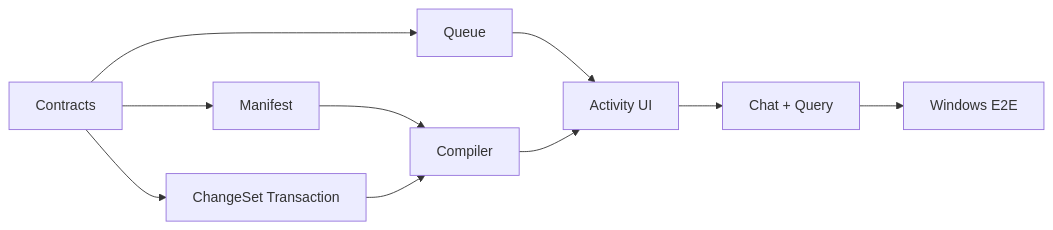
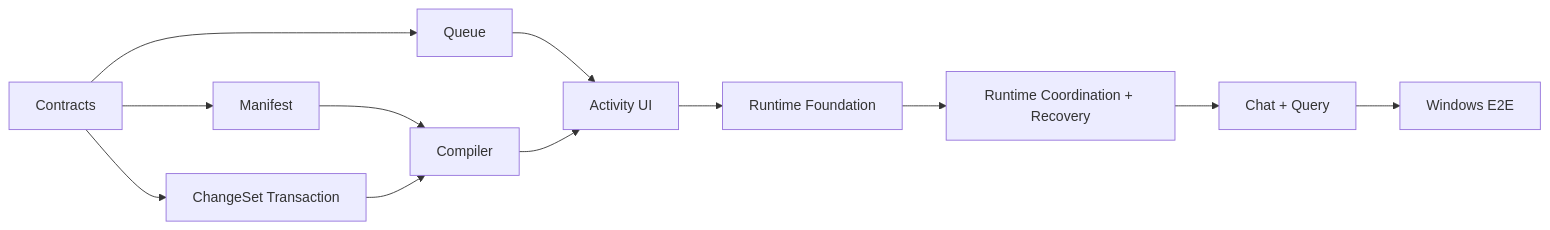
Before and after one commit to yydspanda/obsidian-copilot: the diagram in designdocs/PERSONAL_KNOWLEDGE_EXECUTION_PLAN.md, drawn with Mermaid. The commit also changed other lines of this file and 19 other files, not shown here.

Commit message:
feat: add Windows knowledge runtime foundation

````diff
--- a/designdocs/PERSONAL_KNOWLEDGE_EXECUTION_PLAN.md
+++ b/designdocs/PERSONAL_KNOWLEDGE_EXECUTION_PLAN.md
@@ -292,12 +336,14 @@
 ```mermaid
 flowchart LR
     A[Contracts] --> B[Manifest]
     A --> C[Queue]
     A --> D[ChangeSet Transaction]
     B --> F[Compiler]
     D --> F
     C --> G[Activity UI]
     F --> G
-    G --> H[Chat + Query]
+    G --> G1[Runtime Foundation]
+    G1 --> G2[Runtime Coordination + Recovery]
+    G2 --> H[Chat + Query]
     H --> I[Windows E2E]
 ```
````
